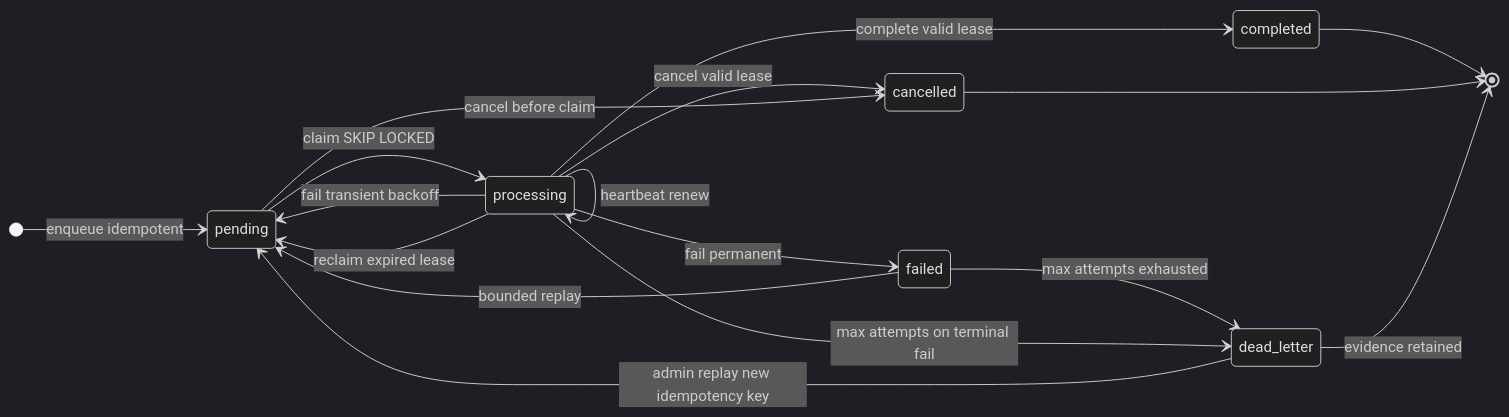
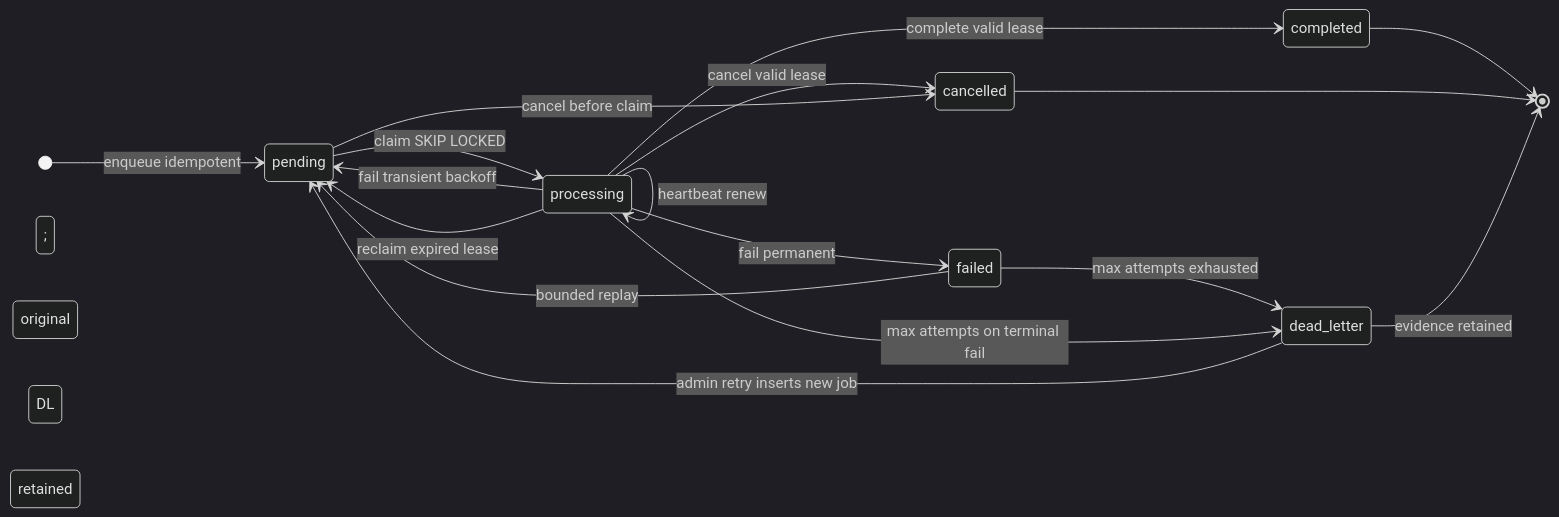
One commit to Nagdy8888/smart-rag changed the first of 5 diagrams in docs/ingestion/JOB_STATE_MACHINE.md. Above: the diagram before and after it, drawn with Mermaid (dark theme). The commit also changed other lines of this file and 79 other files, not shown here.

First line of the commit message:
Enhance Phase 3 Packet 8 with Postgres checkpointer integration and ingestion graph compilation.

````diff
--- a/docs/ingestion/JOB_STATE_MACHINE.md
+++ b/docs/ingestion/JOB_STATE_MACHINE.md
@@ -19,20 +19,20 @@
 ```mermaid
 stateDiagram-v2
   direction LR
   [*] --> pending: enqueue idempotent
   pending --> processing: claim SKIP LOCKED
   processing --> processing: heartbeat renew
   processing --> completed: complete valid lease
   processing --> pending: fail transient backoff
   processing --> failed: fail permanent
   processing --> pending: reclaim expired lease
   processing --> cancelled: cancel valid lease
   pending --> cancelled: cancel before claim
   failed --> pending: bounded replay
   failed --> dead_letter: max attempts exhausted
   processing --> dead_letter: max attempts on terminal fail
-  dead_letter --> pending: admin replay new idempotency key
+  dead_letter --> pending: admin retry inserts new job; original DL retained
   completed --> [*]
   cancelled --> [*]
   dead_letter --> [*]: evidence retained
 ```
````
